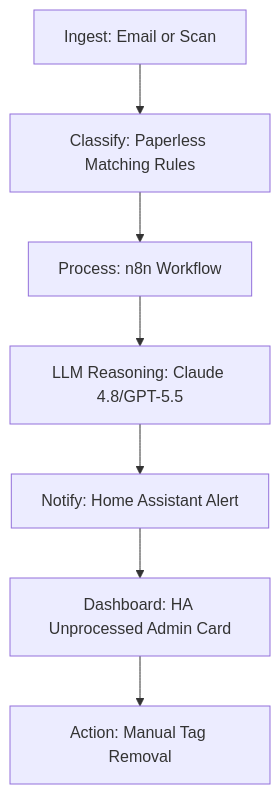
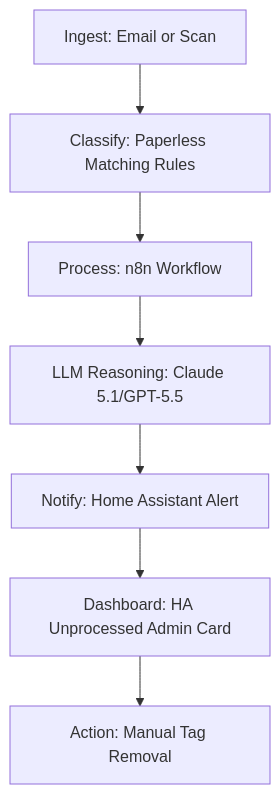
The diagram in docs/playbooks/family-admin-automation.md (joanmarcriera/Home-office-automations), drawn with Mermaid before and after one commit. The commit also changed other lines of this file and 5 other files, not shown here.

````diff
--- a/docs/playbooks/family-admin-automation.md
+++ b/docs/playbooks/family-admin-automation.md
@@ -57,9 +57,9 @@
     ```mermaid
     flowchart TD
         A[Ingest: Email or Scan] --> B[Classify: Paperless Matching Rules]
         B --> C[Process: n8n Workflow]
-        C --> D[LLM Reasoning: Claude 4.8/GPT-5.5]
+        C --> D[LLM Reasoning: Claude 5.1/GPT-5.5]
         D --> E[Notify: Home Assistant Alert]
         E --> F[Dashboard: HA Unprocessed Admin Card]
         F --> G[Action: Manual Tag Removal]
     ```
````
